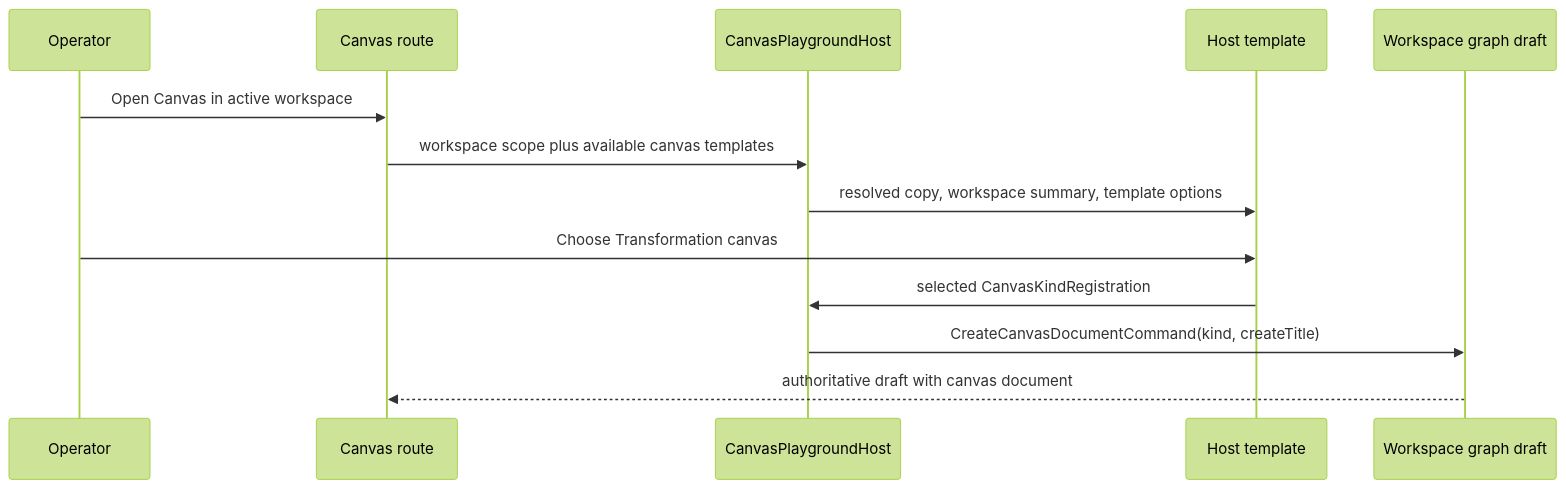
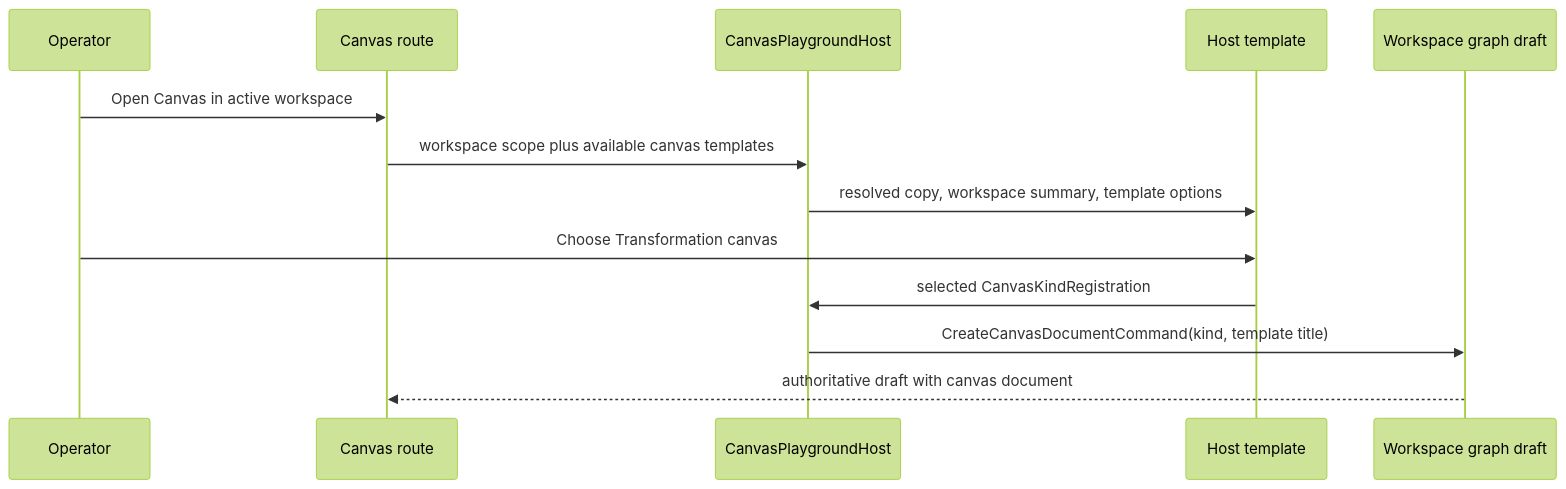
One commit to dunay2/dvt changed the third of 3 diagrams in docs/architecture/components/web/graph/canvas-startup-template-selection-component.md. Above: the diagram before and after it, drawn with Mermaid (forest theme). The commit also changed other lines of this file and 38 other files, not shown here.

````diff
--- a/docs/architecture/components/web/graph/canvas-startup-template-selection-component.md
+++ b/docs/architecture/components/web/graph/canvas-startup-template-selection-component.md
@@ -83,16 +84,16 @@
 ```mermaid
 sequenceDiagram
   participant Operator
   participant Route as Canvas route
   participant Host as CanvasPlaygroundHost
   participant Template as Host template
   participant Draft as Workspace graph draft
 
   Operator->>Route: Open Canvas in active workspace
   Route->>Host: workspace scope plus available canvas templates
   Host->>Template: resolved copy, workspace summary, template options
   Operator->>Template: Choose Transformation canvas
   Template->>Host: selected CanvasKindRegistration
-  Host->>Draft: CreateCanvasDocumentCommand(kind, createTitle)
+  Host->>Draft: CreateCanvasDocumentCommand(kind, template title)
   Draft-->>Route: authoritative draft with canvas document
 ```
````
